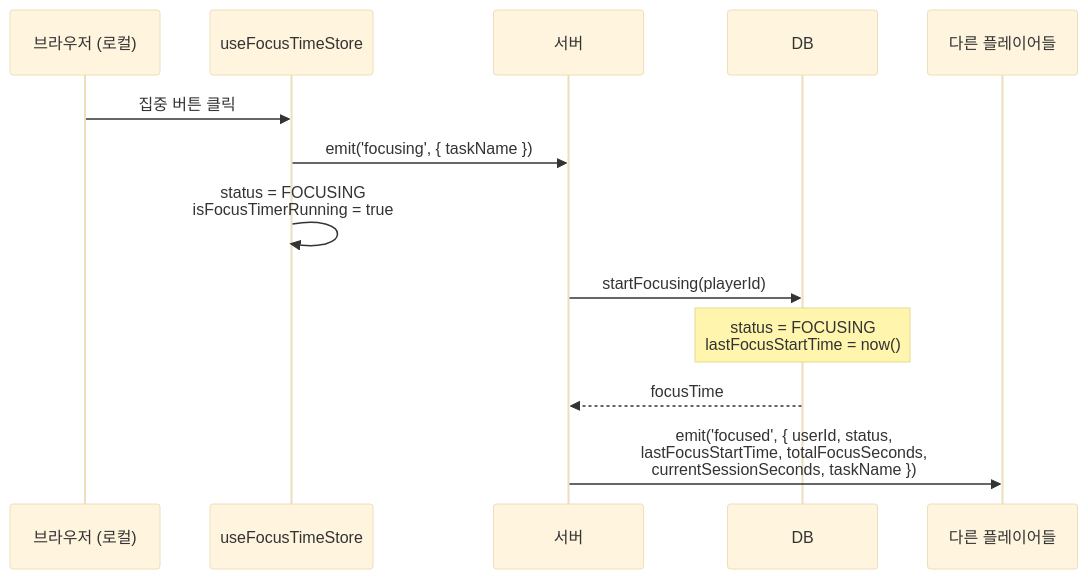
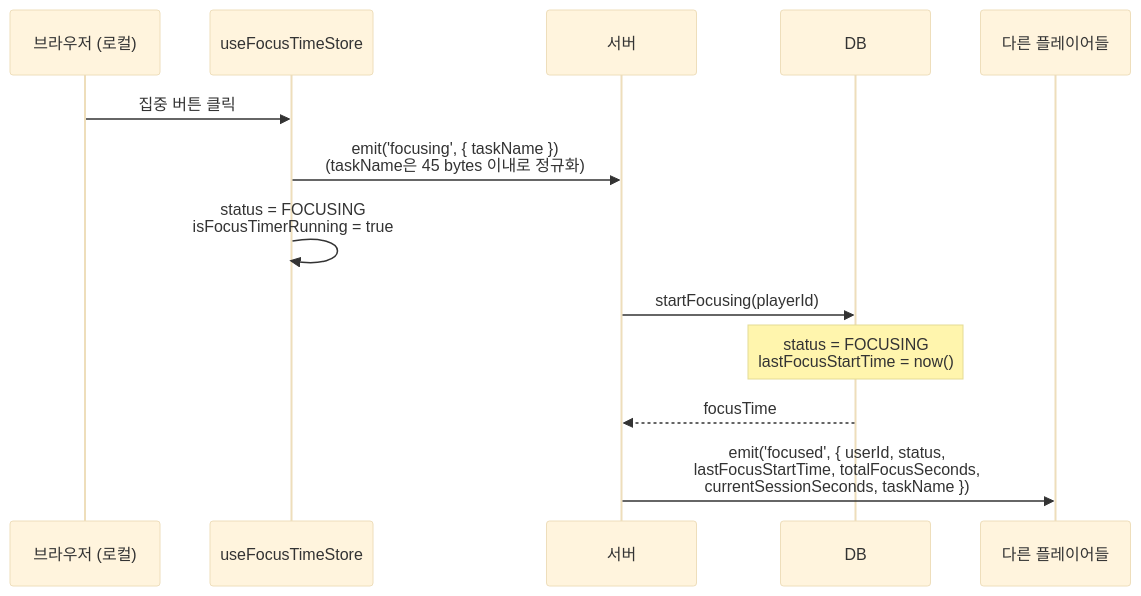
The second of 8 diagrams in docs/features/FOCUS_TIME.md (boostcampwm2025/web19-estrogenquattro), drawn with Mermaid (base theme) before and after one commit. The commit also changed other lines of this file and 9 other files, not shown here.

````diff
--- a/docs/features/FOCUS_TIME.md
+++ b/docs/features/FOCUS_TIME.md
@@ -80,18 +86,18 @@
 ```mermaid
 sequenceDiagram
     participant Browser as 브라우저 (로컬)
     participant Store as useFocusTimeStore
     participant Server as 서버
     participant DB as DB
     participant Others as 다른 플레이어들
 
     Browser->>Store: 집중 버튼 클릭
-    Store->>Server: emit('focusing', { taskName })
+    Store->>Server: emit('focusing', { taskName })<br/>(taskName은 45 bytes 이내로 정규화)
     Store->>Store: status = FOCUSING<br/>isFocusTimerRunning = true
 
     Server->>DB: startFocusing(playerId)
     Note over DB: status = FOCUSING<br/>lastFocusStartTime = now()
     DB-->>Server: focusTime
 
     Server->>Others: emit('focused', { userId, status,<br/>lastFocusStartTime, totalFocusSeconds,<br/>currentSessionSeconds, taskName })
 ```
````
